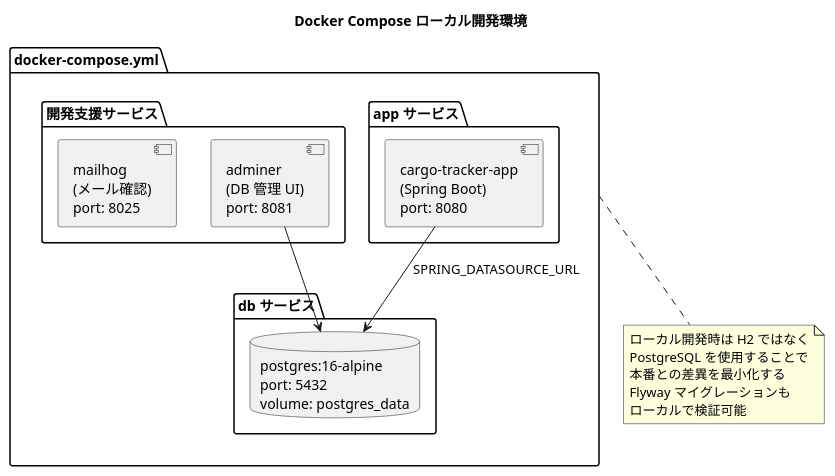
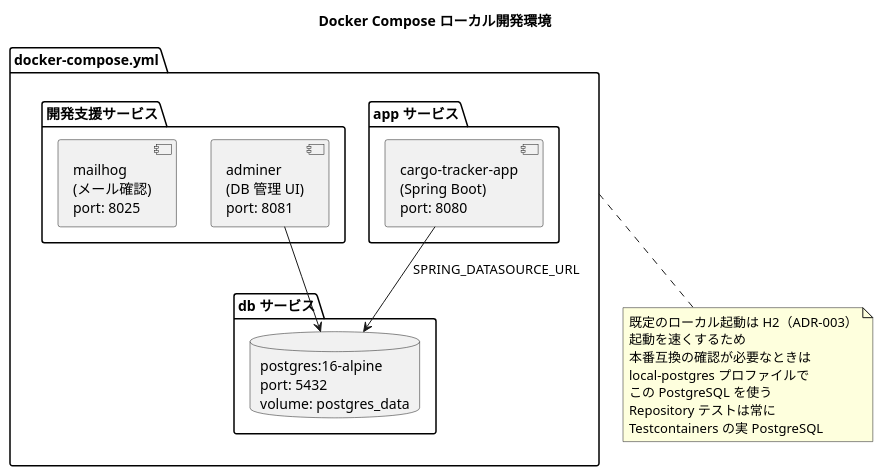
Before and after one commit to k2works/case-study-cargo-tracker: the third of 8 diagrams in docs/design/architecture_infrastructure.md, drawn with PlantUML. The commit also changed 16 other files, not shown here.

First line of the commit message:
docs(adr): ADR-003 を改訂し開発は H2・Repository テストは Testcontainers に

````diff
--- a/docs/design/architecture_infrastructure.md
+++ b/docs/design/architecture_infrastructure.md
@@ -112,33 +112,35 @@
 ```plantuml
 @startuml
 title Docker Compose ローカル開発環境
 
 package "docker-compose.yml" as compose {
 
   package "app サービス" as app_service {
     [cargo-tracker-app\n(Spring Boot)\nport: 8080]
   }
 
   package "db サービス" as db_service {
     database "postgres:16-alpine\nport: 5432\nvolume: postgres_data"
   }
 
   package "開発支援サービス" as dev_services {
     [adminer\n(DB 管理 UI)\nport: 8081]
     [mailhog\n(メール確認)\nport: 8025]
   }
 }
 
 [cargo-tracker-app\n(Spring Boot)\nport: 8080] --> [postgres:16-alpine\nport: 5432\nvolume: postgres_data] : SPRING_DATASOURCE_URL
 [adminer\n(DB 管理 UI)\nport: 8081] --> [postgres:16-alpine\nport: 5432\nvolume: postgres_data]
 
 note bottom of compose
-  ローカル開発時は H2 ではなく
-  PostgreSQL を使用することで
-  本番との差異を最小化する
-  Flyway マイグレーションも
-  ローカルで検証可能
+  既定のローカル起動は H2（ADR-003）
+  起動を速くするため
+  本番互換の確認が必要なときは
+  local-postgres プロファイルで
+  この PostgreSQL を使う
+  Repository テストは常に
+  Testcontainers の実 PostgreSQL
 end note
 
 @enduml
 ```
````
